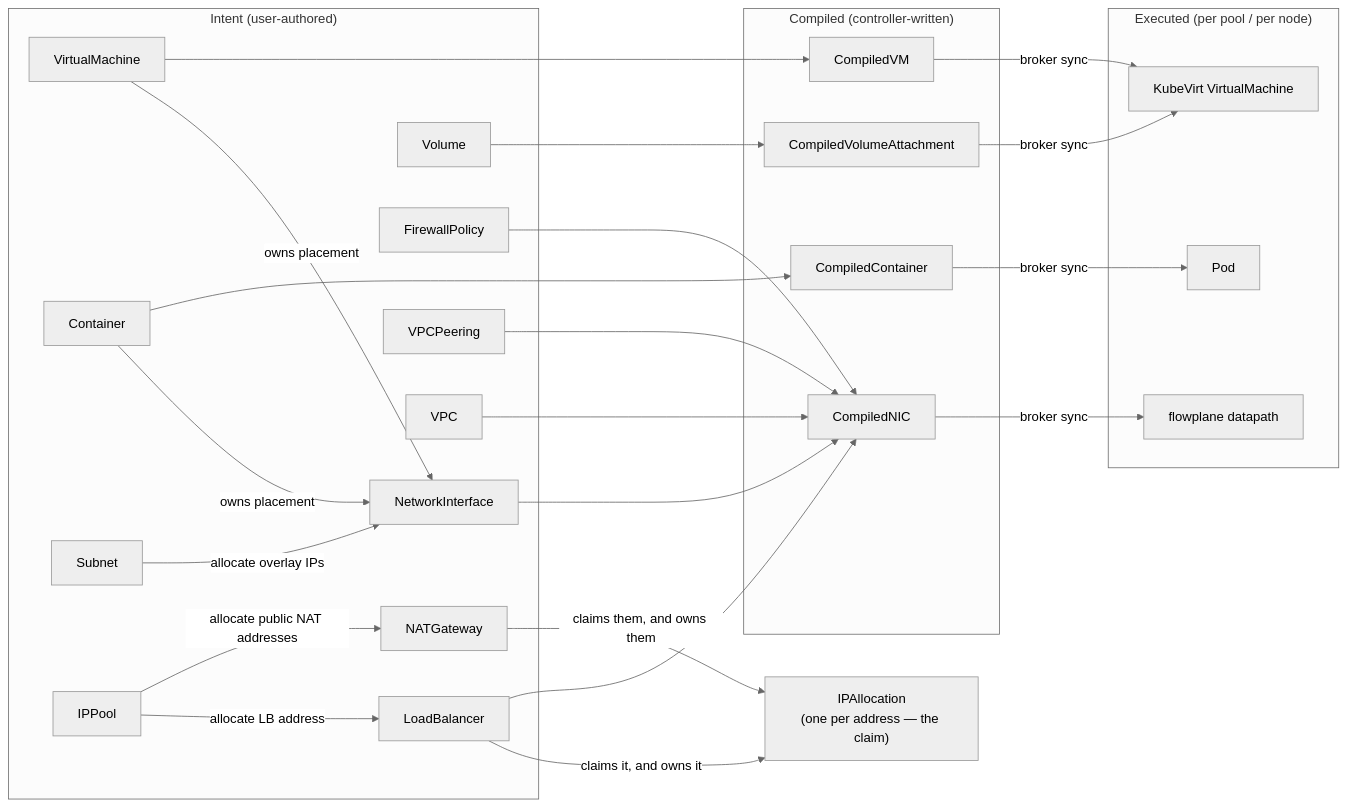
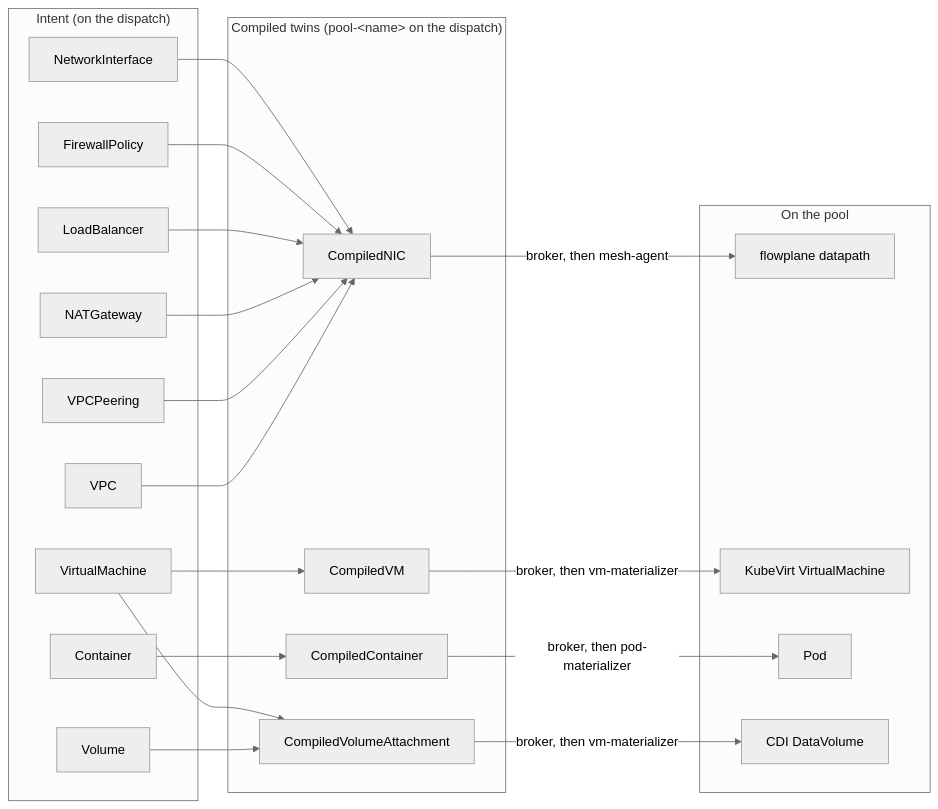
Before and after one commit to trevex/ectobase: the diagram in docs/reference/crd-interactions.md, drawn with Mermaid (neutral theme). The commit also changed other lines of this file and 57 other files, not shown here.

First line of the commit message:
docs: rework concepts, architecture, networking, operating, reference and contributing

````diff
--- a/docs/reference/crd-interactions.md
+++ b/docs/reference/crd-interactions.md
@@ -38,47 +47,38 @@
 ```mermaid
 flowchart LR
-    subgraph intent["Intent (user-authored)"]
+    subgraph intent["Intent (on the dispatch)"]
         VM[VirtualMachine]
         CT[Container]
         NIC[NetworkInterface]
         VOL[Volume]
         FW[FirewallPolicy]
         LB[LoadBalancer]
+        NAT[NATGateway]
         PEER[VPCPeering]
         VPC[VPC]
-        SUBNET[Subnet]
-        POOL[IPPool]
-        NATGW[NATGateway]
     end
 
-    ALLOC["IPAllocation<br/>(one per address — the claim)"]
-
-    subgraph compiled["Compiled (controller-written)"]
+    subgraph compiled["Compiled twins (pool-&lt;name&gt; on the dispatch)"]
         CNIC[CompiledNIC]
         CVM[CompiledVM]
         CCT[CompiledContainer]
         CVA[CompiledVolumeAttachment]
     end
 
-    subgraph exec["Executed (per pool / per node)"]
+    subgraph exec["On the pool"]
+        DP[flowplane datapath]
+        KVM[KubeVirt VirtualMachine]
         POD[Pod]
-        KVM[KubeVirt VirtualMachine]
-        DP[flowplane datapath]
+        DV[CDI DataVolume]
     end
 
-    VM & CT -->|owns placement| NIC
-    SUBNET -->|allocate overlay IPs| NIC
-    POOL -->|allocate LB address| LB
-    POOL -->|allocate public NAT addresses| NATGW
-    LB -->|claims it, and owns it| ALLOC
-    NATGW -->|claims them, and owns them| ALLOC
-    NIC & FW & LB & PEER & VPC --> CNIC
+    NIC & FW & LB & NAT & PEER & VPC --> CNIC
     VM --> CVM
     CT --> CCT
-    VOL --> CVA
+    VM & VOL --> CVA
 
-    CNIC -->|broker sync| DP
-    CVM -->|broker sync| KVM
-    CCT -->|broker sync| POD
-    CVA -->|broker sync| KVM
+    CNIC -->|broker, then mesh-agent| DP
+    CVM -->|broker, then vm-materializer| KVM
+    CCT -->|broker, then pod-materializer| POD
+    CVA -->|broker, then vm-materializer| DV
 ```
````
